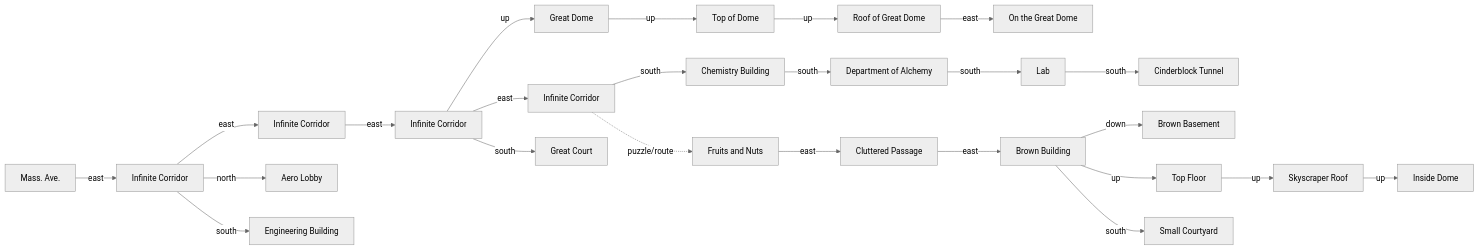
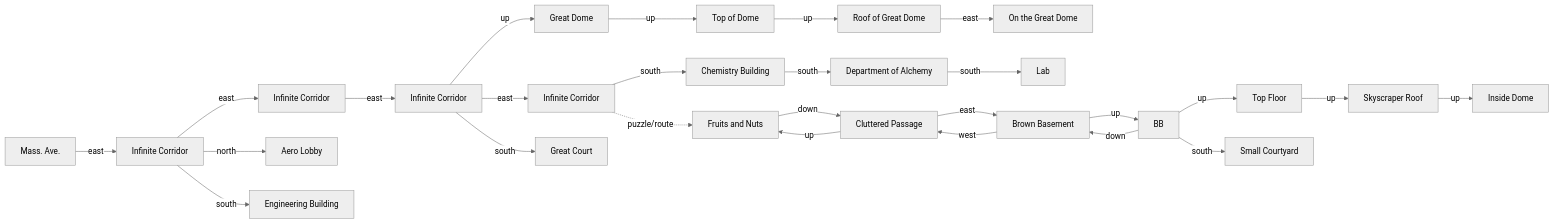
Before and after one commit to ronaldkunenborg/thelurkinghorror: the second of 6 diagrams in docs/LOCATION_MAP.md, drawn with Mermaid (neutral theme). The commit also changed 3 other files, not shown here.

````diff
--- a/docs/LOCATION_MAP.md
+++ b/docs/LOCATION_MAP.md
@@ -179,30 +179,32 @@
 ```mermaid
 flowchart LR
   MA["Mass. Ave."] -- "east" --> IC1["Infinite Corridor"]
   IC1 -- "east" --> IC2["Infinite Corridor"]
   IC2 -- "east" --> IC3["Infinite Corridor"]
   IC3 -- "east" --> IC4["Infinite Corridor"]
 
   IC1 -- "north" --> AERO["Aero Lobby"]
   IC1 -- "south" --> ENG["Engineering Building"]
   IC3 -- "up" --> GD["Great Dome"]
   IC3 -- "south" --> GC["Great Court"]
   GD -- "up" --> TD["Top of Dome"]
   TD -- "up" --> RGD["Roof of Great Dome"]
   RGD -- "east" --> OGD["On the Great Dome"]
 
   IC4 -- "south" --> CHEM["Chemistry Building"]
   CHEM -- "south" --> ALC["Department of Alchemy"]
   ALC -- "south" --> LAB["Lab"]
-  LAB -- "south" --> CT["Cinderblock Tunnel"]
 
   IC4 -. puzzle/route .-> FN["Fruits and Nuts"]
-  FN -- "east" --> CP["Cluttered Passage"]
-  CP -- "east" --> BB["Brown Building"]
+  FN -- "down" --> CP["Cluttered Passage"]
+  CP -- "up" --> FN
+  CP -- "east" --> BF["Brown Basement"]
+  BF -- "west" --> CP
   BB -- "down" --> BF["Brown Basement"]
+  BF -- "up" --> BB
   BB -- "up" --> TF["Top Floor"]
   TF -- "up" --> SR["Skyscraper Roof"]
   SR -- "up" --> ID["Inside Dome"]
   BB -- "south" --> SC["Small Courtyard"]
 
 ```
````
